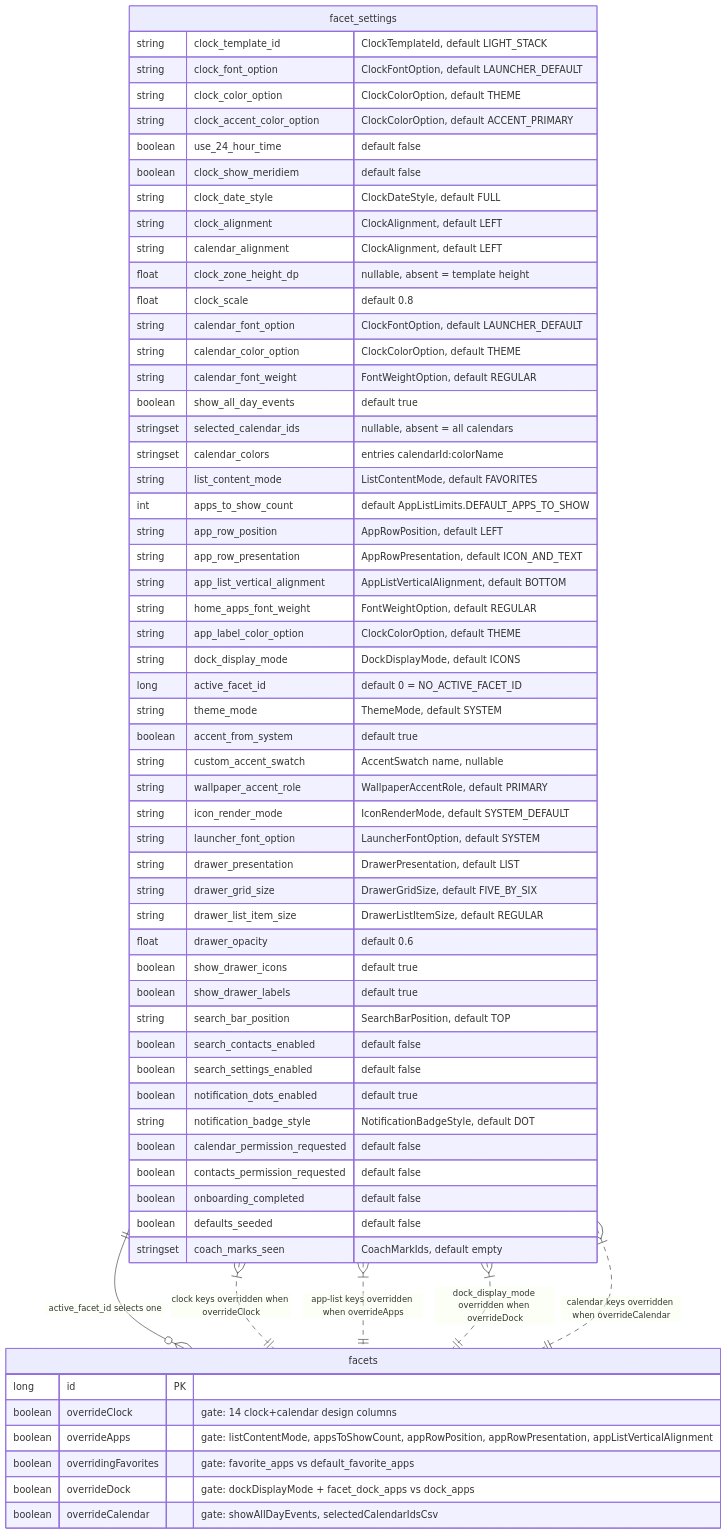
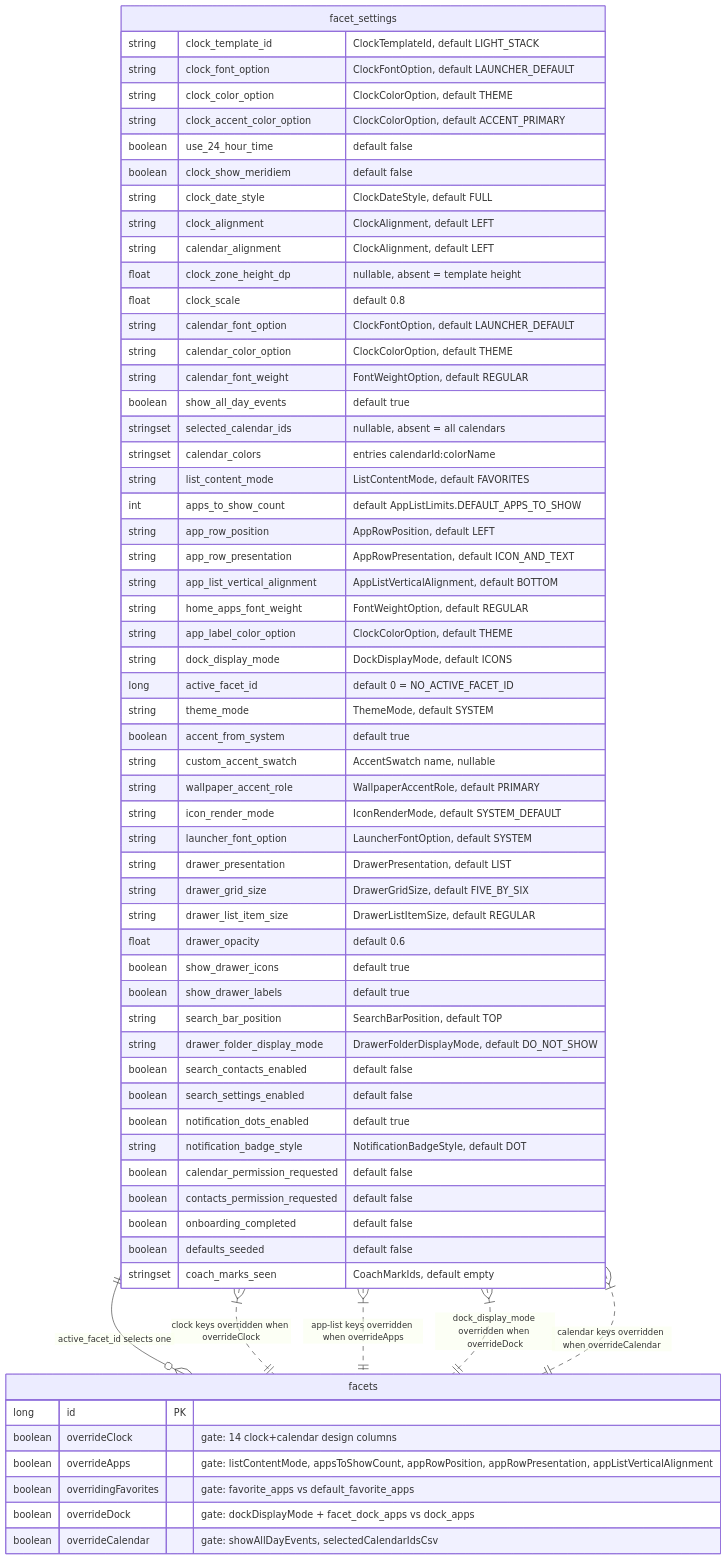
The third of 3 diagrams in docs/architecture/02-persistence-room.md (rohitganjam/facet-launcher), drawn with Mermaid before and after one commit. The commit also changed other lines of this file and 28 other files, not shown here.

````diff
--- a/docs/architecture/02-persistence-room.md
+++ b/docs/architecture/02-persistence-room.md
@@ -350,68 +350,69 @@
 ```mermaid
 erDiagram
     facet_settings {
         string clock_template_id "ClockTemplateId, default LIGHT_STACK"
         string clock_font_option "ClockFontOption, default LAUNCHER_DEFAULT"
         string clock_color_option "ClockColorOption, default THEME"
         string clock_accent_color_option "ClockColorOption, default ACCENT_PRIMARY"
         boolean use_24_hour_time "default false"
         boolean clock_show_meridiem "default false"
         string clock_date_style "ClockDateStyle, default FULL"
         string clock_alignment "ClockAlignment, default LEFT"
         string calendar_alignment "ClockAlignment, default LEFT"
         float clock_zone_height_dp "nullable, absent = template height"
         float clock_scale "default 0.8"
         string calendar_font_option "ClockFontOption, default LAUNCHER_DEFAULT"
         string calendar_color_option "ClockColorOption, default THEME"
         string calendar_font_weight "FontWeightOption, default REGULAR"
         boolean show_all_day_events "default true"
         stringset selected_calendar_ids "nullable, absent = all calendars"
         stringset calendar_colors "entries calendarId:colorName"
         string list_content_mode "ListContentMode, default FAVORITES"
         int apps_to_show_count "default AppListLimits.DEFAULT_APPS_TO_SHOW"
         string app_row_position "AppRowPosition, default LEFT"
         string app_row_presentation "AppRowPresentation, default ICON_AND_TEXT"
         string app_list_vertical_alignment "AppListVerticalAlignment, default BOTTOM"
         string home_apps_font_weight "FontWeightOption, default REGULAR"
         string app_label_color_option "ClockColorOption, default THEME"
         string dock_display_mode "DockDisplayMode, default ICONS"
         long active_facet_id "default 0 = NO_ACTIVE_FACET_ID"
         string theme_mode "ThemeMode, default SYSTEM"
         boolean accent_from_system "default true"
         string custom_accent_swatch "AccentSwatch name, nullable"
         string wallpaper_accent_role "WallpaperAccentRole, default PRIMARY"
         string icon_render_mode "IconRenderMode, default SYSTEM_DEFAULT"
         string launcher_font_option "LauncherFontOption, default SYSTEM"
         string drawer_presentation "DrawerPresentation, default LIST"
         string drawer_grid_size "DrawerGridSize, default FIVE_BY_SIX"
         string drawer_list_item_size "DrawerListItemSize, default REGULAR"
         float drawer_opacity "default 0.6"
         boolean show_drawer_icons "default true"
         boolean show_drawer_labels "default true"
         string search_bar_position "SearchBarPosition, default TOP"
+        string drawer_folder_display_mode "DrawerFolderDisplayMode, default DO_NOT_SHOW"
         boolean search_contacts_enabled "default false"
         boolean search_settings_enabled "default false"
         boolean notification_dots_enabled "default true"
         string notification_badge_style "NotificationBadgeStyle, default DOT"
         boolean calendar_permission_requested "default false"
         boolean contacts_permission_requested "default false"
         boolean onboarding_completed "default false"
         boolean defaults_seeded "default false"
         stringset coach_marks_seen "CoachMarkIds, default empty"
     }
 
     facets {
         long id PK
         boolean overrideClock "gate: 14 clock+calendar design columns"
         boolean overrideApps "gate: listContentMode, appsToShowCount, appRowPosition, appRowPresentation, appListVerticalAlignment"
         boolean overridingFavorites "gate: favorite_apps vs default_favorite_apps"
         boolean overrideDock "gate: dockDisplayMode + facet_dock_apps vs dock_apps"
         boolean overrideCalendar "gate: showAllDayEvents, selectedCalendarIdsCsv"
     }
 
     facet_settings ||--o{ facets : "active_facet_id selects one"
     facet_settings }|..|| facets : "clock keys overridden when overrideClock"
     facet_settings }|..|| facets : "app-list keys overridden when overrideApps"
     facet_settings }|..|| facets : "dock_display_mode overridden when overrideDock"
     facet_settings }|..|| facets : "calendar keys overridden when overrideCalendar"
 ```
````
